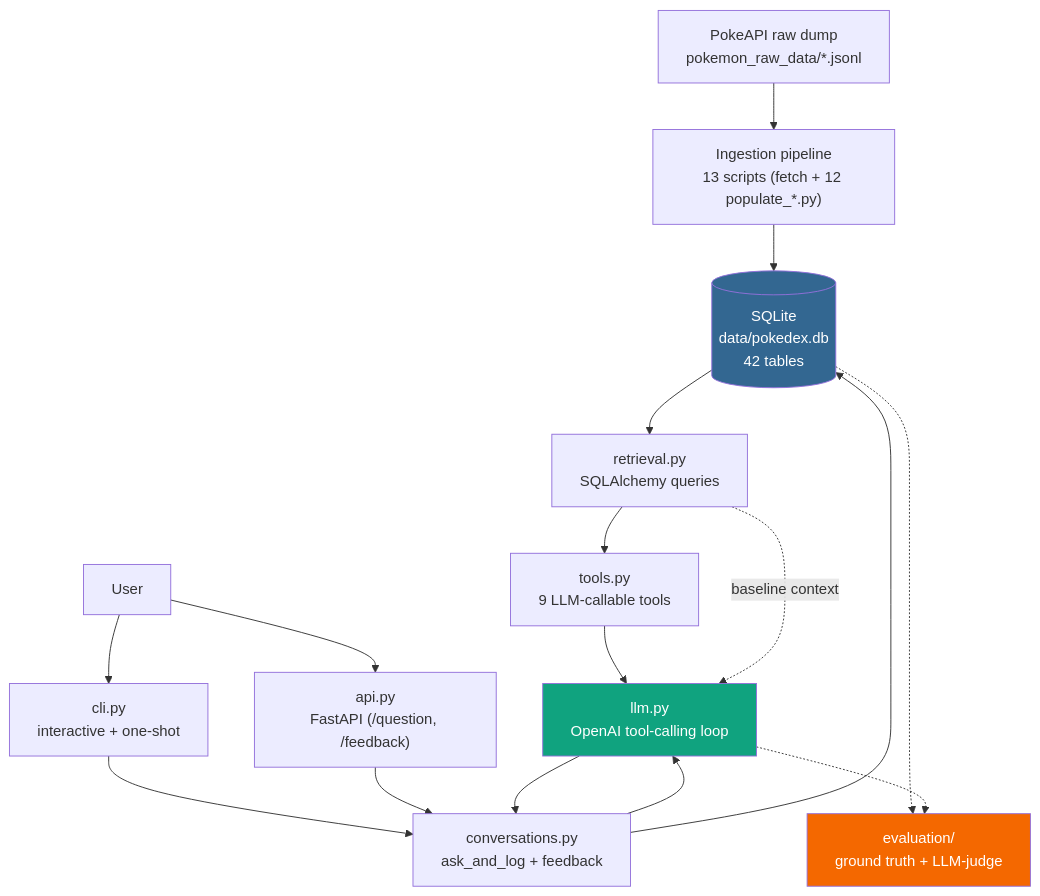
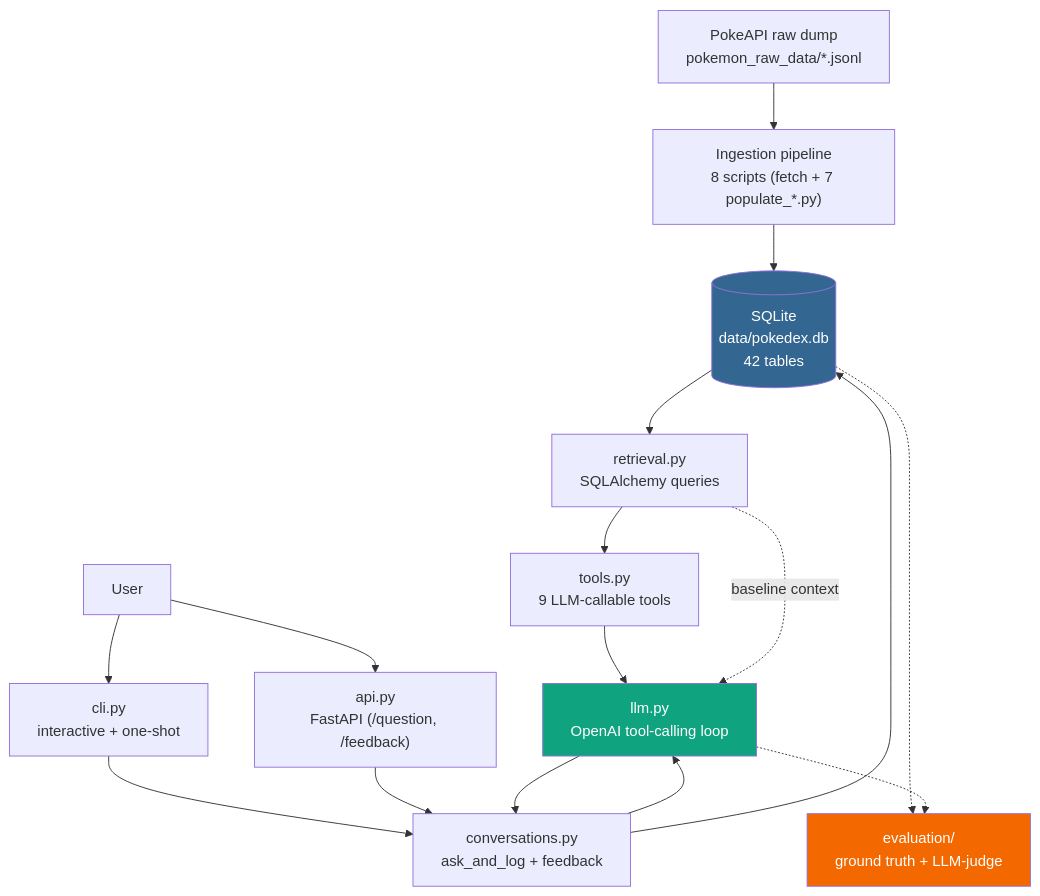
The diagram in README.md (alexispdDev/profesor-oak-ai), drawn with Mermaid before and after one commit. The commit also changed other lines of this file and 14 other files, not shown here.

````diff
--- a/README.md
+++ b/README.md
@@ -28,28 +28,28 @@
 ```mermaid
 flowchart TD
     RawData["PokeAPI raw dump<br/>pokemon_raw_data/*.jsonl"]
-    Ingestion["Ingestion pipeline<br/>13 scripts (fetch + 12 populate_*.py)"]
+    Ingestion["Ingestion pipeline<br/>8 scripts (fetch + 7 populate_*.py)"]
     DB[("SQLite<br/>data/pokedex.db<br/>42 tables")]
     Retrieval["retrieval.py<br/>SQLAlchemy queries"]
     Tools["tools.py<br/>9 LLM-callable tools"]
     LLM["llm.py<br/>OpenAI tool-calling loop"]
     CLI["cli.py<br/>interactive + one-shot"]
     API["api.py<br/>FastAPI (/question, /feedback)"]
     Conv["conversations.py<br/>ask_and_log + feedback"]
     Eval["evaluation/<br/>ground truth + LLM-judge"]
     User["User"]
 
     RawData --> Ingestion --> DB
     DB --> Retrieval --> Tools --> LLM
     Retrieval -.baseline context.-> LLM
     User --> CLI --> Conv
     User --> API --> Conv
     Conv --> LLM --> Conv
     Conv --> DB
     DB -.-> Eval
     LLM -.-> Eval
 
     style DB fill:#336791,color:#fff
     style LLM fill:#10a37f,color:#fff
     style Eval fill:#f46800,color:#fff
 ```
````
